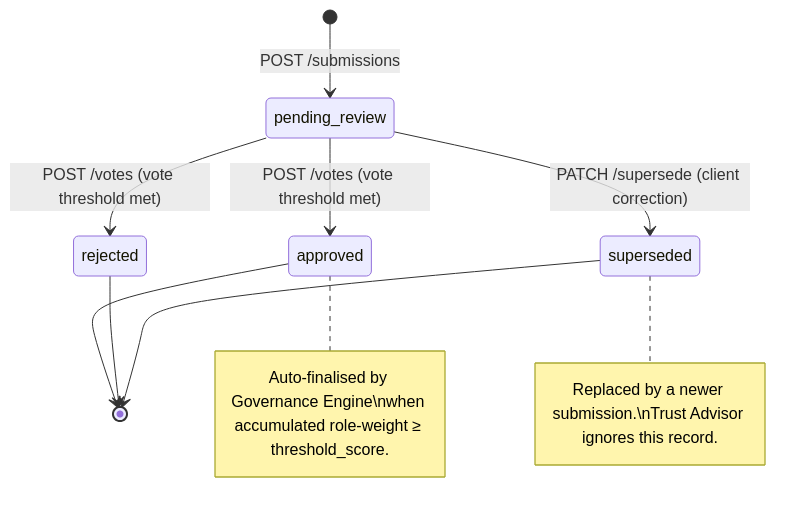
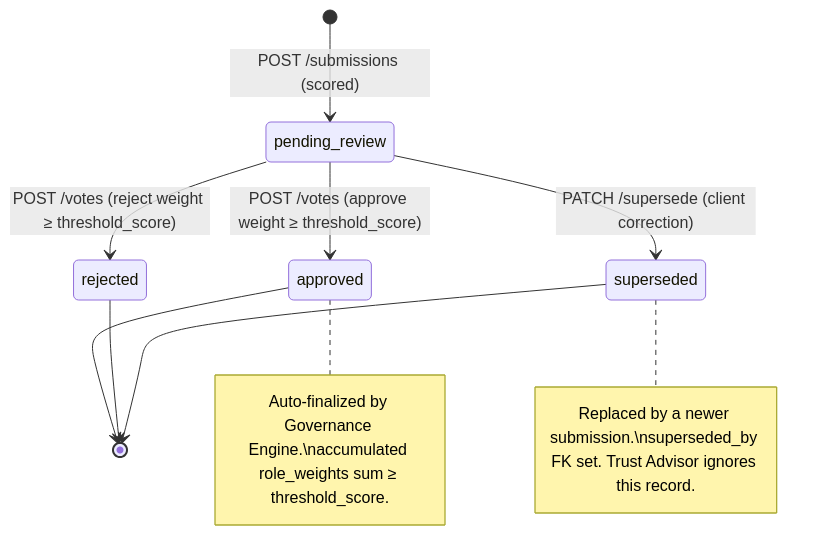
One commit to leyyce/winnow changed the third of 3 diagrams in docs/architecture/05_database_design.md. Above: the diagram before and after it, drawn with Mermaid. The commit also changed other lines of this file and 36 other files, not shown here.

````diff
--- a/docs/architecture/05_database_design.md
+++ b/docs/architecture/05_database_design.md
@@ -370,13 +370,13 @@
 ```mermaid
 stateDiagram-v2
-    [*] --> pending_review: POST /submissions
-    pending_review --> approved: POST /votes (vote threshold met)
-    pending_review --> rejected: POST /votes (vote threshold met)
+    [*] --> pending_review: POST /submissions (scored)
+    pending_review --> approved: POST /votes (approve weight ≥ threshold_score)
+    pending_review --> rejected: POST /votes (reject weight ≥ threshold_score)
     pending_review --> superseded: PATCH /supersede (client correction)
     approved --> [*]
     rejected --> [*]
     superseded --> [*]
 
-    note right of approved: Auto-finalised by Governance Engine\nwhen accumulated role-weight ≥ threshold_score.
-    note right of superseded: Replaced by a newer submission.\nTrust Advisor ignores this record.
+    note right of approved: Auto-finalized by Governance Engine.\naccumulated role_weights sum ≥ threshold_score.
+    note right of superseded: Replaced by a newer submission.\nsuperseded_by FK set. Trust Advisor ignores this record.
 ```
````
